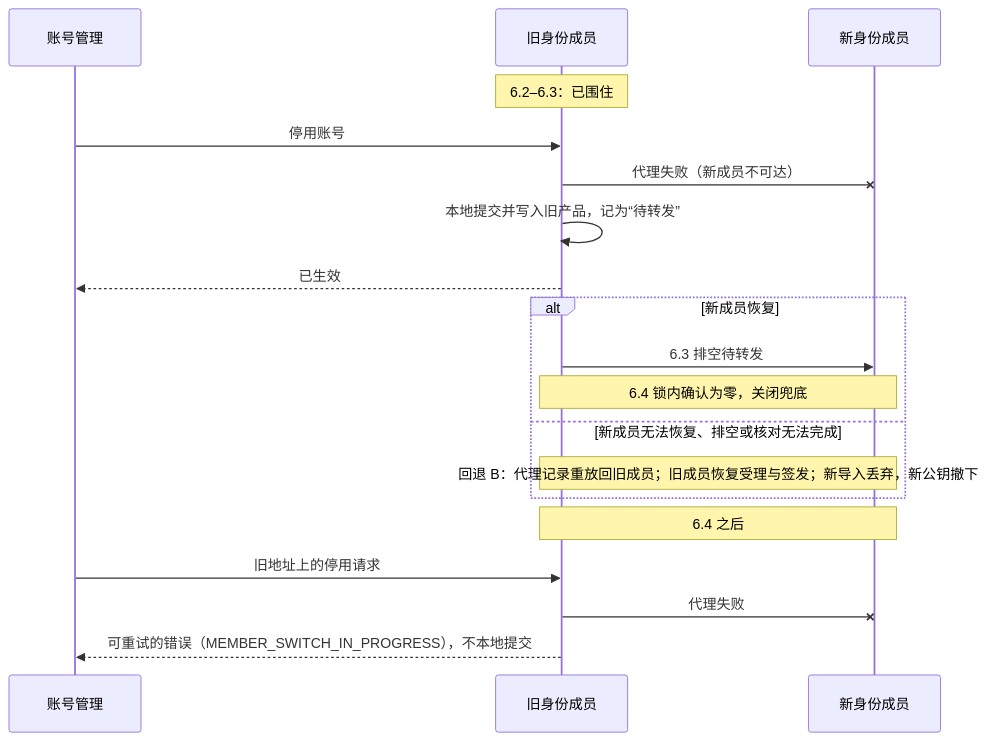
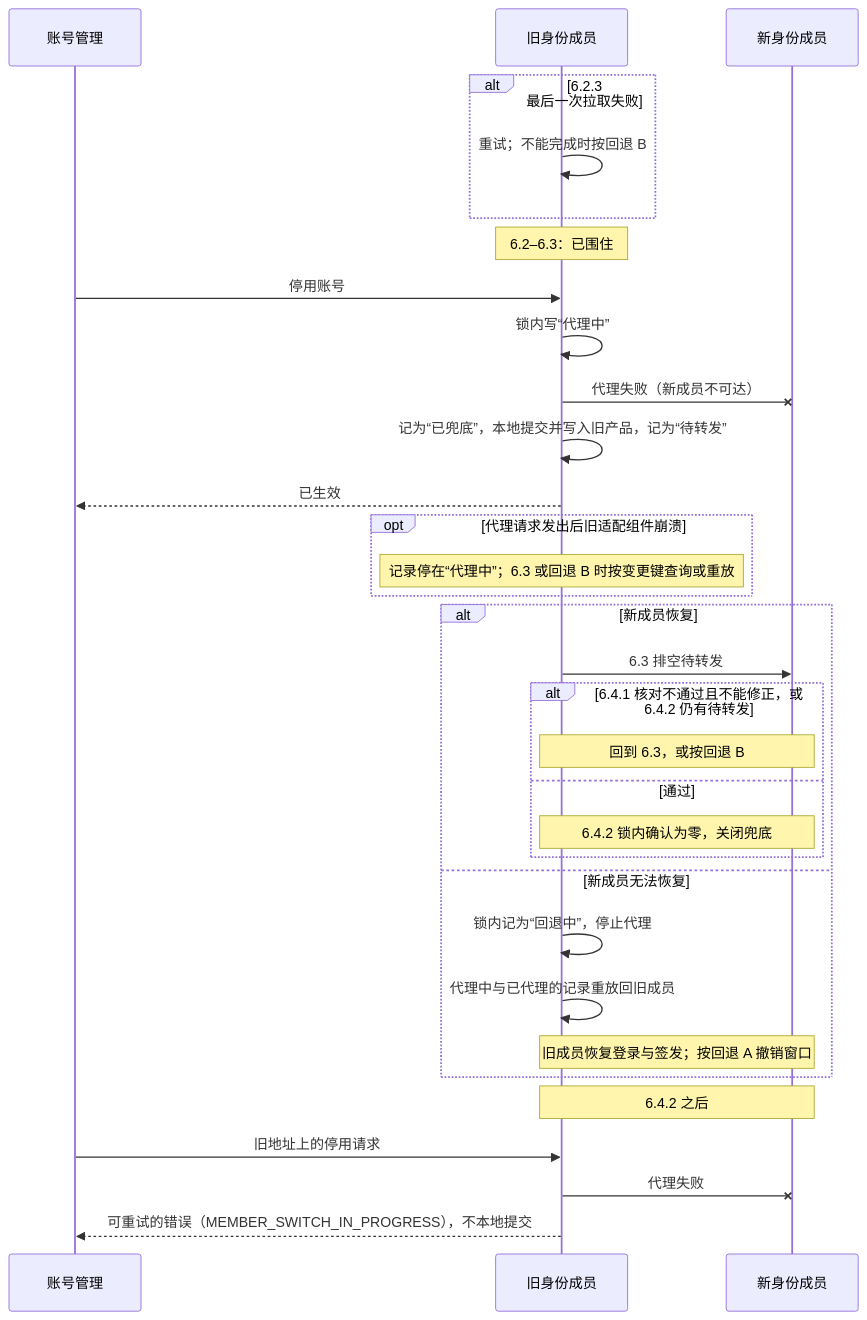
The second of 2 diagrams in tempDocs/final/06-protocols/security/11-identity-member-switching.md (brickKit/be-assembly-standard), drawn with Mermaid before and after one commit. The commit also changed other lines of this file and 6 other files, not shown here.

````diff
--- a/tempDocs/final/06-protocols/security/11-identity-member-switching.md
+++ b/tempDocs/final/06-protocols/security/11-identity-member-switching.md
@@ -159,21 +208,34 @@
 ```mermaid
 sequenceDiagram
     participant Op as 账号管理
     participant Old as 旧身份成员
     participant New as 新身份成员
+    alt 6.2.3 最后一次拉取失败
+        Old->>Old: 重试；不能完成时按回退 B
+    end
     Note over Old: 6.2–6.3：已围住
     Op->>Old: 停用账号
+    Old->>Old: 锁内写“代理中”
     Old-xNew: 代理失败（新成员不可达）
-    Old->>Old: 本地提交并写入旧产品，记为“待转发”
+    Old->>Old: 记为“已兜底”，本地提交并写入旧产品，记为“待转发”
     Old-->>Op: 已生效
+    opt 代理请求发出后旧适配组件崩溃
+        Note over Old: 记录停在“代理中”；6.3 或回退 B 时按变更键查询或重放
+    end
     alt 新成员恢复
         Old->>New: 6.3 排空待转发
-        Note over Old,New: 6.4 锁内确认为零，关闭兜底
-    else 新成员无法恢复、排空或核对无法完成
-        Note over Old,New: 回退 B：代理记录重放回旧成员；旧成员恢复受理与签发；新导入丢弃，新公钥撤下
+        alt 6.4.1 核对不通过且不能修正，或 6.4.2 仍有待转发
+            Note over Old,New: 回到 6.3，或按回退 B
+        else 通过
+            Note over Old,New: 6.4.2 锁内确认为零，关闭兜底
+        end
+    else 新成员无法恢复
+        Old->>Old: 锁内记为“回退中”，停止代理
+        Old->>Old: 代理中与已代理的记录重放回旧成员
+        Note over Old,New: 旧成员恢复登录与签发；按回退 A 撤销窗口
     end
-    Note over Old,New: 6.4 之后
+    Note over Old,New: 6.4.2 之后
     Op->>Old: 旧地址上的停用请求
     Old-xNew: 代理失败
     Old-->>Op: 可重试的错误（MEMBER_SWITCH_IN_PROGRESS），不本地提交
 ```
````
